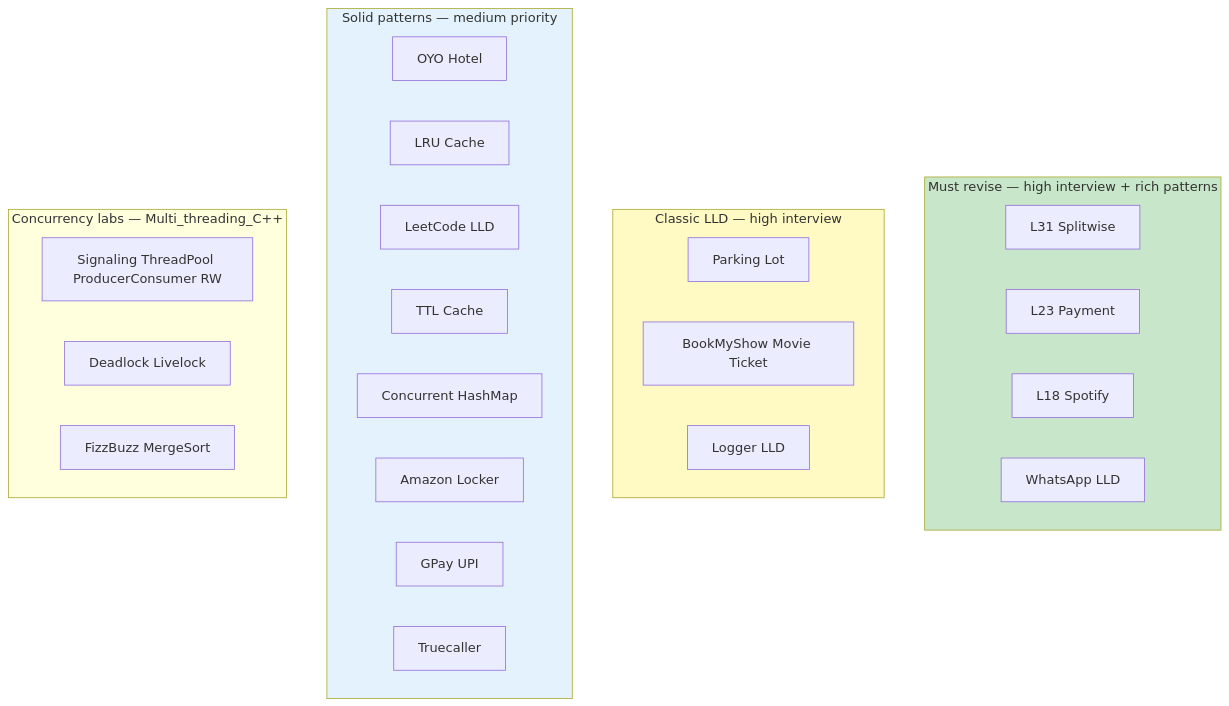
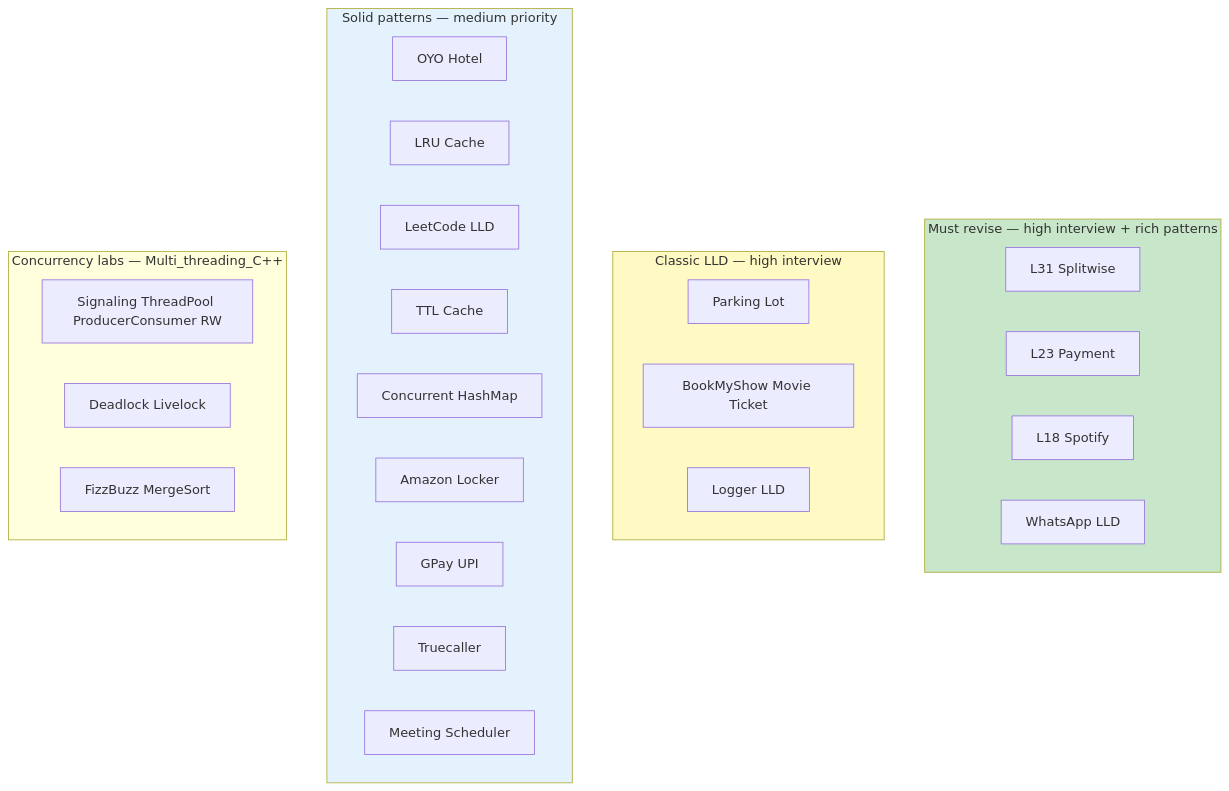
One commit to subhm2004/LLD changed the seventh of 21 diagrams in docs/PROJECT_DESIGN_PATTERNS.md. Above: the diagram before and after it, drawn with Mermaid. The commit also changed other lines of this file and 24 other files, not shown here.

````diff
--- a/docs/PROJECT_DESIGN_PATTERNS.md
+++ b/docs/PROJECT_DESIGN_PATTERNS.md
@@ -598,36 +599,37 @@
 ```mermaid
 flowchart TB
     subgraph must [Must revise — high interview + rich patterns]
         SW[L31 Splitwise]
         PAY[L23 Payment]
         SP[L18 Spotify]
         WA[WhatsApp LLD]
     end
 
     subgraph classic [Classic LLD — high interview]
         PK[Parking Lot]
         BK[BookMyShow Movie Ticket]
         LOG[Logger LLD]
     end
 
     subgraph solid [Solid patterns — medium priority]
         OYO[OYO Hotel]
         LRU[LRU Cache]
         LC[LeetCode LLD]
         TTL[TTL Cache]
         CHM[Concurrent HashMap]
         LOCKER[Amazon Locker]
         GPAY[GPay UPI]
         TC[Truecaller]
+        MSCH[Meeting Scheduler]
     end
 
     subgraph concurrency [Concurrency labs — Multi_threading_C++]
         PAT[Signaling ThreadPool ProducerConsumer RW]
         CHL[Deadlock Livelock]
         INT[FizzBuzz MergeSort]
     end
 
     style must fill:#c8e6c9
     style classic fill:#fff9c4
     style solid fill:#e3f2fd
 ```
````
